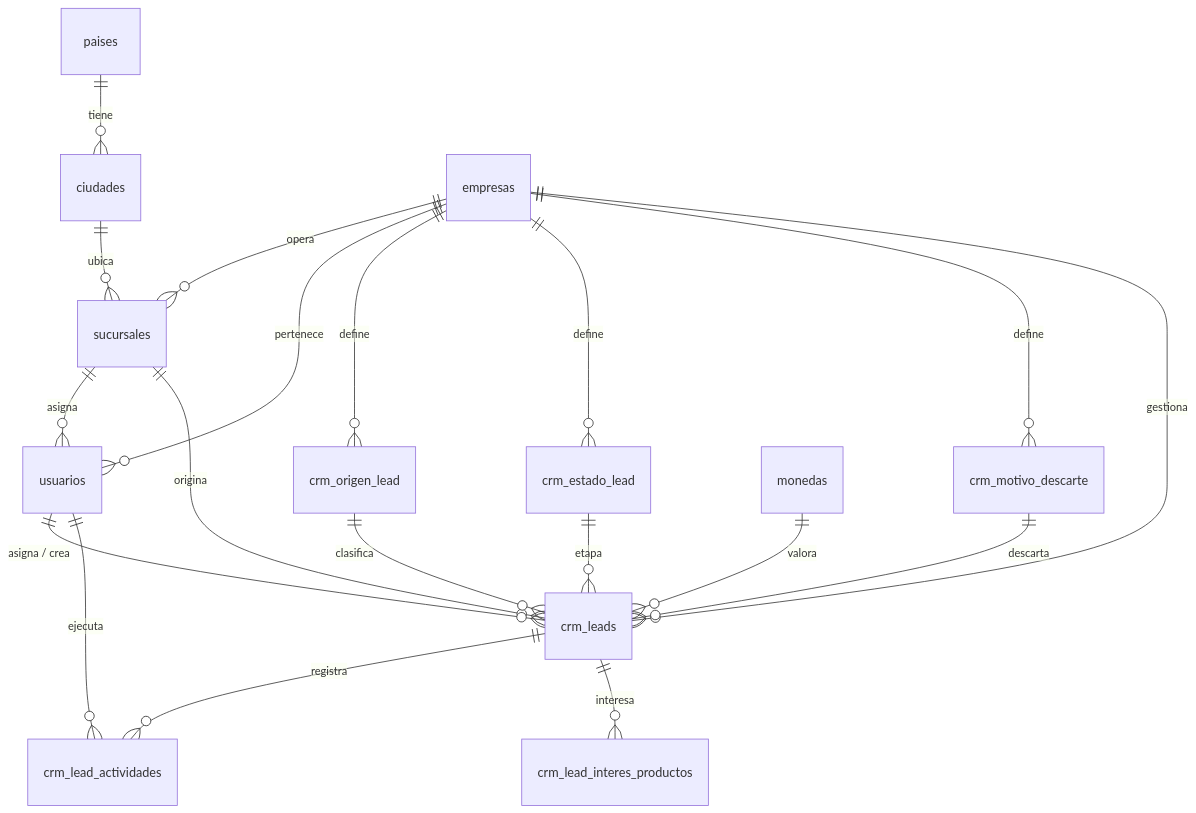
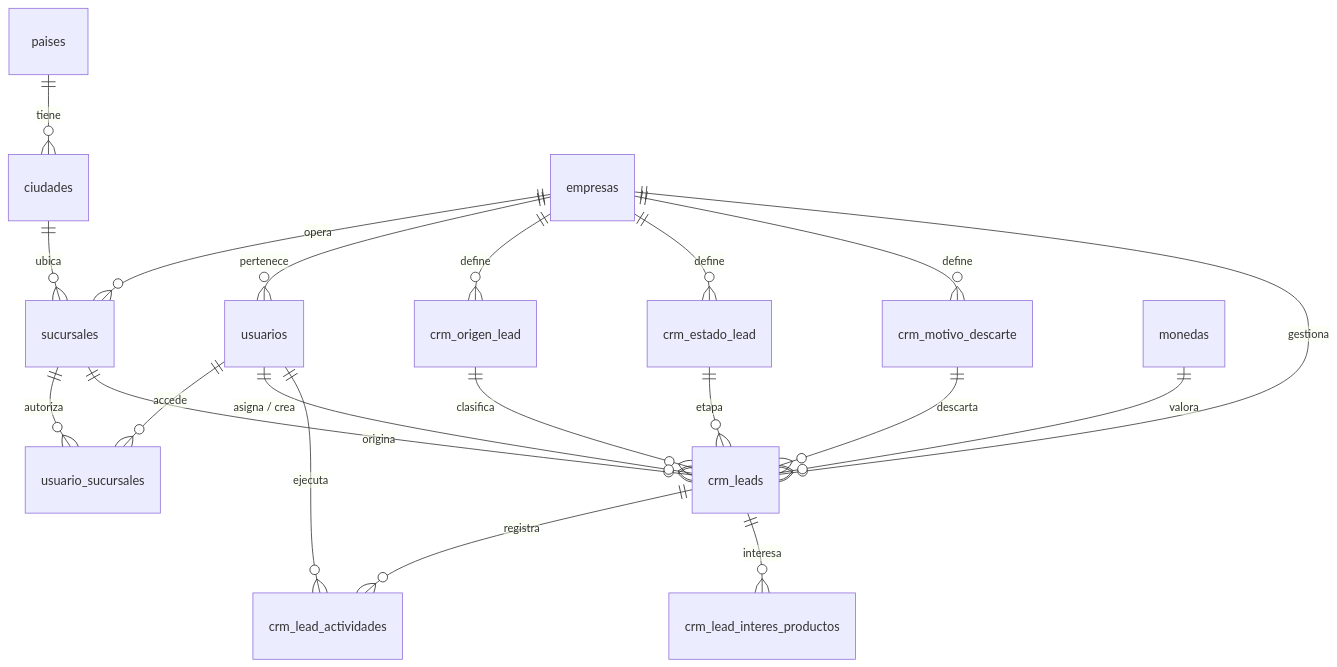
One commit to ivanpalenciab/tesserak changed the diagram in documentacion base de datos.md. Above: the diagram before and after it, drawn with Mermaid. The commit also changed other lines of this file and 76 other files, not shown here.

````diff
--- a/documentacion base de datos.md
+++ b/documentacion base de datos.md
@@ -32,23 +32,24 @@
 ```mermaid
 erDiagram
     paises ||--o{ ciudades : "tiene"
     empresas ||--o{ sucursales : "opera"
     ciudades ||--o{ sucursales : "ubica"
     empresas ||--o{ usuarios : "pertenece"
-    sucursales ||--o{ usuarios : "asigna"
+    usuarios ||--o{ usuario_sucursales : "accede"
+    sucursales ||--o{ usuario_sucursales : "autoriza"
 
     empresas ||--o{ crm_origen_lead : "define"
     empresas ||--o{ crm_estado_lead : "define"
     empresas ||--o{ crm_motivo_descarte : "define"
     empresas ||--o{ crm_leads : "gestiona"
     sucursales ||--o{ crm_leads : "origina"
     crm_origen_lead ||--o{ crm_leads : "clasifica"
     crm_estado_lead ||--o{ crm_leads : "etapa"
     crm_motivo_descarte ||--o{ crm_leads : "descarta"
     monedas ||--o{ crm_leads : "valora"
     usuarios ||--o{ crm_leads : "asigna / crea"
 
     crm_leads ||--o{ crm_lead_actividades : "registra"
     usuarios ||--o{ crm_lead_actividades : "ejecuta"
     crm_leads ||--o{ crm_lead_interes_productos : "interesa"
 ```
````
